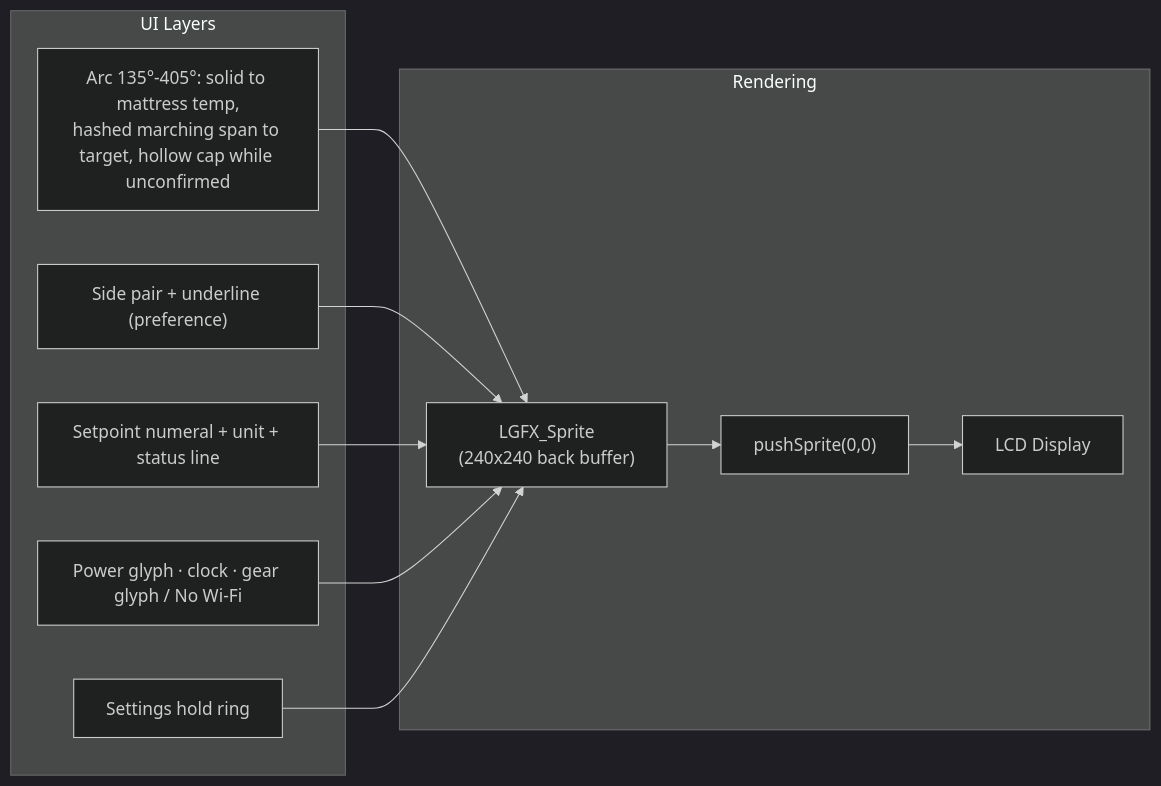
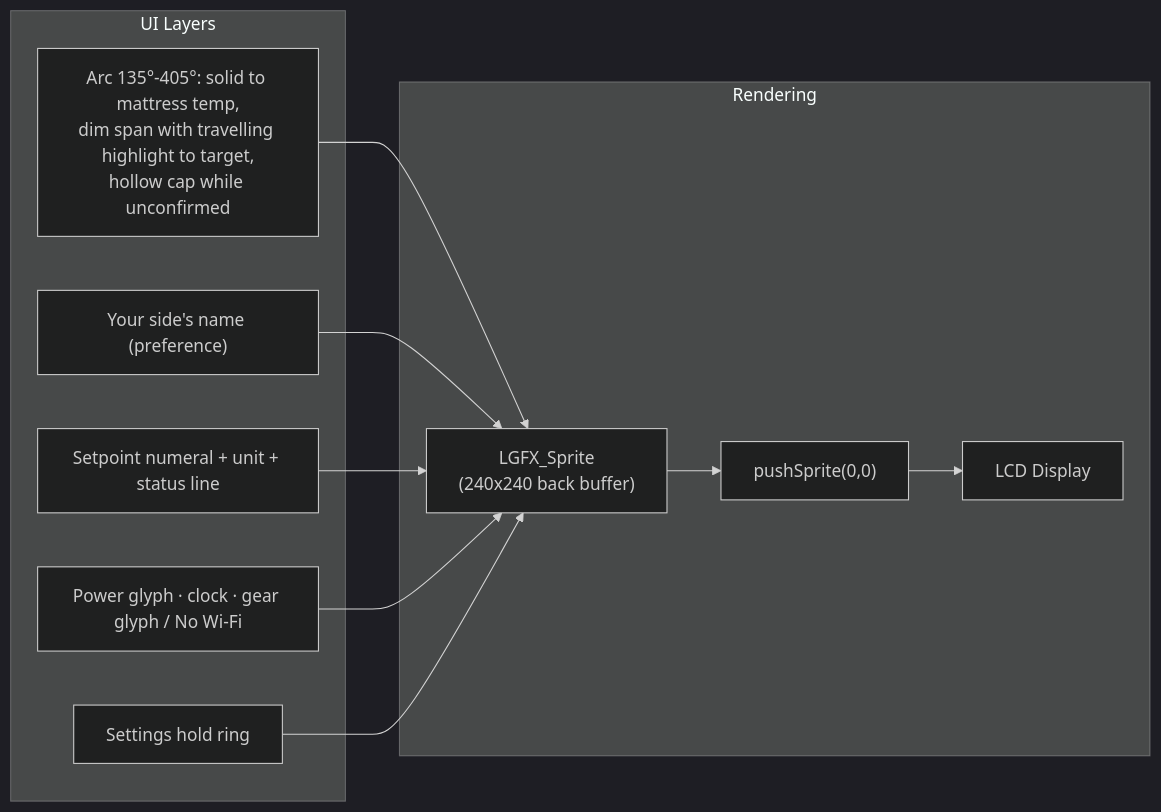
The fifth of 6 diagrams in docs/architecture.md (sleepypod/m5-rotary-dial), drawn with Mermaid (dark theme) before and after one commit. The commit also changed other lines of this file and 20 other files, not shown here.

First line of the commit message:
Shimmer loader, single side name, video capture tooling

````diff
--- a/docs/architecture.md
+++ b/docs/architecture.md
@@ -136,15 +136,15 @@
 ```mermaid
 flowchart LR
     subgraph Rendering
         Sprite["LGFX_Sprite<br/>(240x240 back buffer)"] --> Push["pushSprite(0,0)"]
         Push --> LCD["LCD Display"]
     end
 
     subgraph "UI Layers"
-        Arc["Arc 135°-405°: solid to mattress temp,<br/>hashed marching span to target, hollow cap while unconfirmed"] --> Sprite
-        Sides["Side pair + underline (preference)"] --> Sprite
+        Arc["Arc 135°-405°: solid to mattress temp,<br/>dim span with travelling highlight to target,<br/>hollow cap while unconfirmed"] --> Sprite
+        Sides["Your side's name (preference)"] --> Sprite
         Center["Setpoint numeral + unit + status line"] --> Sprite
         Clock["Power glyph · clock · gear glyph / No Wi-Fi"] --> Sprite
         Ring["Settings hold ring"] --> Sprite
     end
 ```
````
